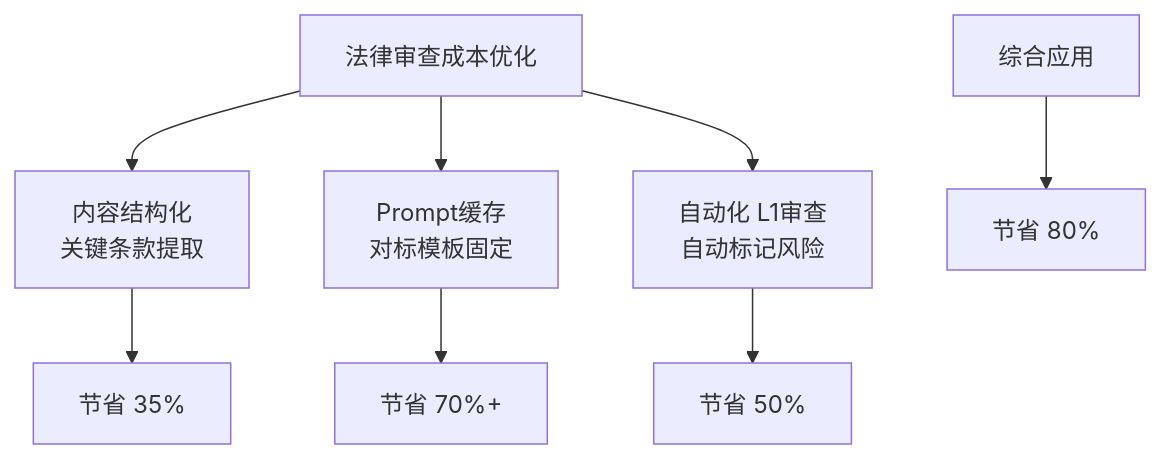
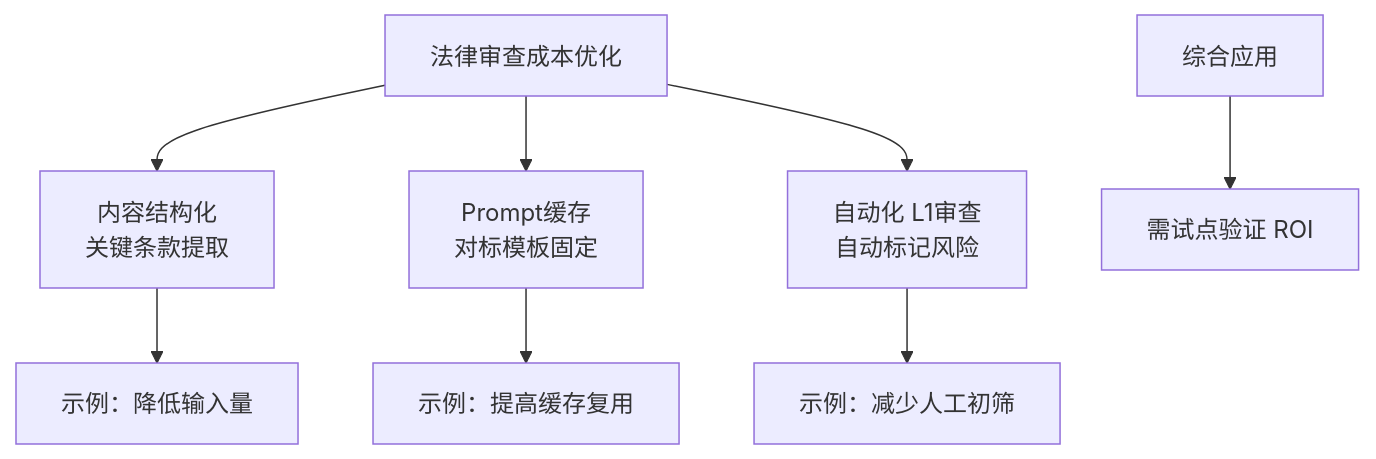
Before and after one commit to yeasy/context_engineering_guide: the first of 2 diagrams in 12_production/12.2.2_cost_optimization_industry.md, drawn with Mermaid. The commit also changed other lines of this file and 20 other files, not shown here.

````diff
--- a/12_production/12.2.2_cost_optimization_industry.md
+++ b/12_production/12.2.2_cost_optimization_industry.md
@@ -546,11 +548,11 @@
 ```mermaid
 graph TB
     A["法律审查成本优化"] --> B["内容结构化<br/>关键条款提取"]
     A --> C["Prompt缓存<br/>对标模板固定"]
     A --> D["自动化 L1审查<br/>自动标记风险"]
 
-    B --> E["节省 35%"]
-    C --> F["节省 70%+"]
-    D --> G["节省 50%"]
-    H["综合应用"] --> I["节省 80%"]
+    B --> E["示例：降低输入量"]
+    C --> F["示例：提高缓存复用"]
+    D --> G["示例：减少人工初筛"]
+    H["综合应用"] --> I["需试点验证 ROI"]
 ```
````
